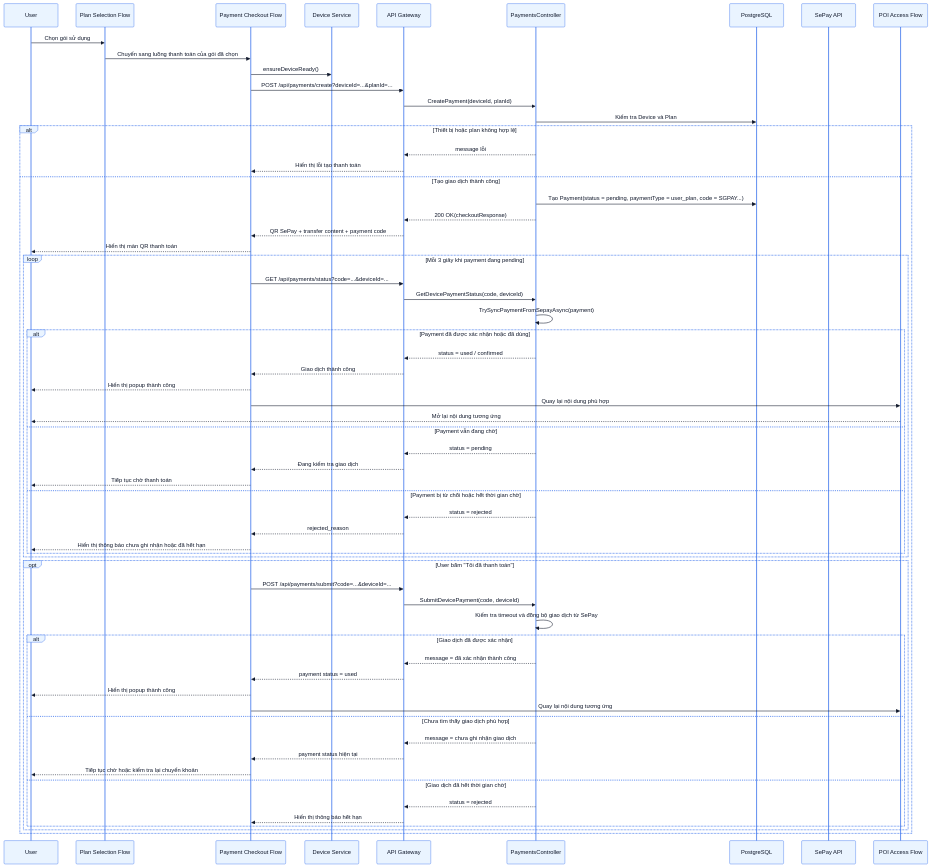
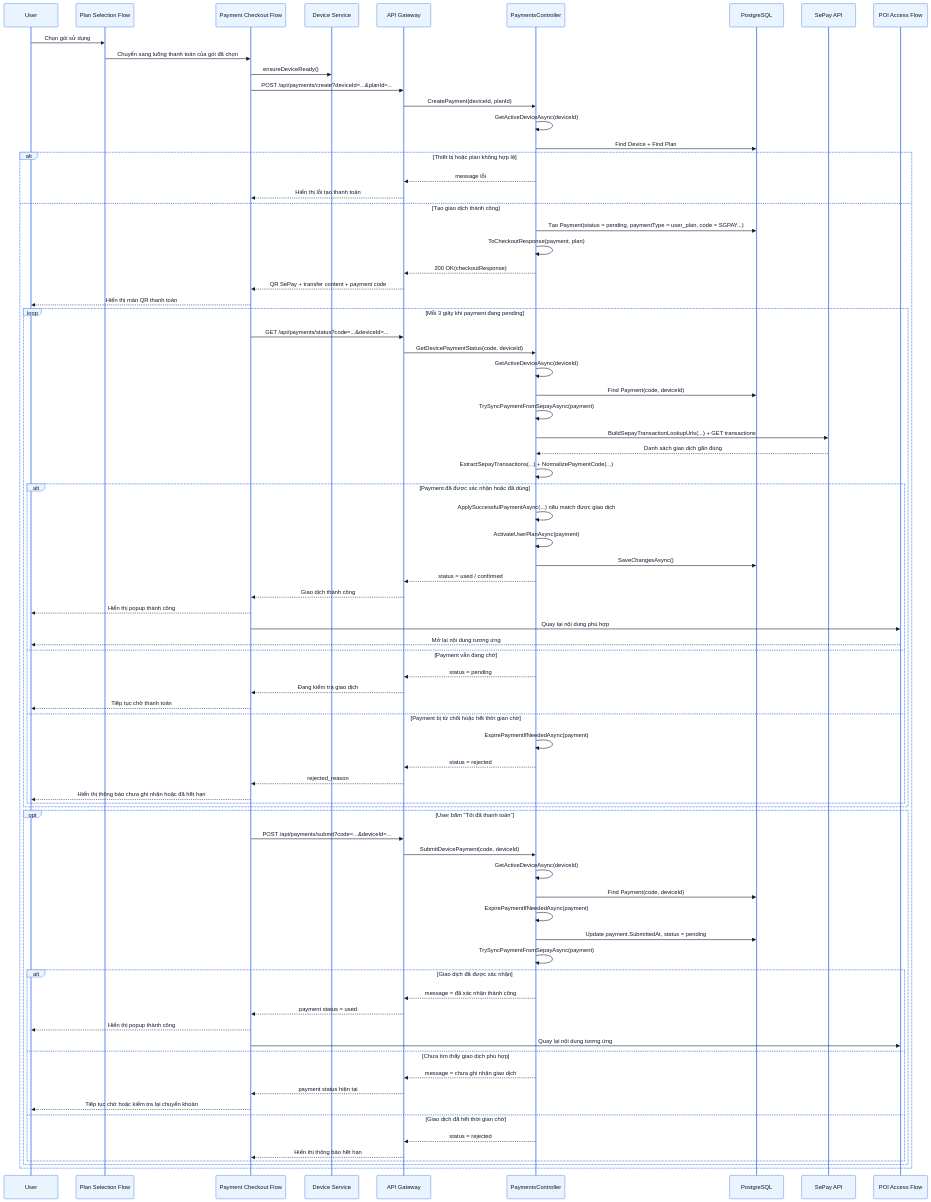
One commit to thaiquanghieu/smart-guide-system changed the eighth of 36 diagrams in docs/PRD.md. Above: the diagram before and after it, drawn with Mermaid. The commit also changed other lines of this file and 18 other files, not shown here.

Commit message:
docs: update PRD and diagrams

```diff
--- a/docs/PRD.md
+++ b/docs/PRD.md
@@ -1164,13 +1252,15 @@
     PaymentPage ->> DeviceLib: ensureDeviceReady()
     PaymentPage ->> API: POST /api/payments/create?deviceId=...&planId=...
     API ->> PaymentsCtl: CreatePayment(deviceId, planId)
-    PaymentsCtl ->> DB: Kiểm tra Device và Plan
+    PaymentsCtl ->> PaymentsCtl: GetActiveDeviceAsync(deviceId)
+    PaymentsCtl ->> DB: Find Device + Find Plan
 
     alt Thiết bị hoặc plan không hợp lệ
         PaymentsCtl -->> API: message lỗi
         API -->> PaymentPage: Hiển thị lỗi tạo thanh toán
     else Tạo giao dịch thành công
         PaymentsCtl ->> DB: Tạo Payment(status = pending, paymentType = user_plan, code = SGPAY...)
+        PaymentsCtl ->> PaymentsCtl: ToCheckoutResponse(payment, plan)
         PaymentsCtl -->> API: 200 OK(checkoutResponse)
         API -->> PaymentPage: QR SePay + transfer content + payment code
         PaymentPage -->> User: Hiển thị màn QR thanh toán
@@ -1178,9 +1268,17 @@
         loop Mỗi 3 giây khi payment đang pending
             PaymentPage ->> API: GET /api/payments/status?code=...&deviceId=...
             API ->> PaymentsCtl: GetDevicePaymentStatus(code, deviceId)
+            PaymentsCtl ->> PaymentsCtl: GetActiveDeviceAsync(deviceId)
+            PaymentsCtl ->> DB: Find Payment(code, deviceId)
             PaymentsCtl ->> PaymentsCtl: TrySyncPaymentFromSepayAsync(payment)
+            PaymentsCtl ->> Sepay: BuildSepayTransactionLookupUrls(...) + GET transactions
+            Sepay -->> PaymentsCtl: Danh sách giao dịch gần đúng
+            PaymentsCtl ->> PaymentsCtl: ExtractSepayTransactions(...) + NormalizePaymentCode(...)
 
             alt Payment đã được xác nhận hoặc đã dùng
+                PaymentsCtl ->> PaymentsCtl: ApplySuccessfulPaymentAsync(...) nếu match được giao dịch
+                PaymentsCtl ->> PaymentsCtl: ActivateUserPlanAsync(payment)
+                PaymentsCtl ->> DB: SaveChangesAsync()
                 PaymentsCtl -->> API: status = used / confirmed
                 API -->> PaymentPage: Giao dịch thành công
                 PaymentPage -->> User: Hiển thị popup thành công
@@ -1191,6 +1289,7 @@
                 API -->> PaymentPage: Đang kiểm tra giao dịch
                 PaymentPage -->> User: Tiếp tục chờ thanh toán
             else Payment bị từ chối hoặc hết thời gian chờ
+                PaymentsCtl ->> PaymentsCtl: ExpirePaymentIfNeededAsync(payment)
                 PaymentsCtl -->> API: status = rejected
                 API -->> PaymentPage: rejected_reason
                 PaymentPage -->> User: Hiển thị thông báo chưa ghi nhận hoặc đã hết hạn
@@ -1200,7 +1299,11 @@
         opt User bấm "Tôi đã thanh toán"
             PaymentPage ->> API: POST /api/payments/submit?code=...&deviceId=...
             API ->> PaymentsCtl: SubmitDevicePayment(code, deviceId)
-            PaymentsCtl ->> PaymentsCtl: Kiểm tra timeout và đồng bộ giao dịch từ SePay
+            PaymentsCtl ->> PaymentsCtl: GetActiveDeviceAsync(deviceId)
+            PaymentsCtl ->> DB: Find Payment(code, deviceId)
+            PaymentsCtl ->> PaymentsCtl: ExpirePaymentIfNeededAsync(payment)
+            PaymentsCtl ->> DB: Update payment.SubmittedAt, status = pending
+            PaymentsCtl ->> PaymentsCtl: TrySyncPaymentFromSepayAsync(payment)
 
             alt Giao dịch đã được xác nhận
                 PaymentsCtl -->> API: message = đã xác nhận thành công
```
